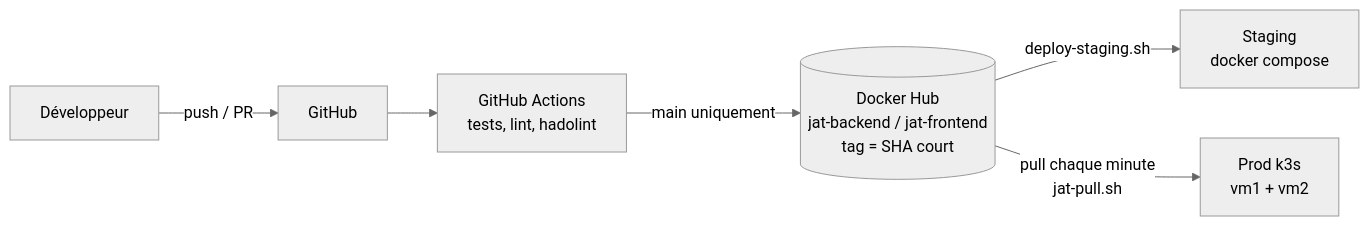
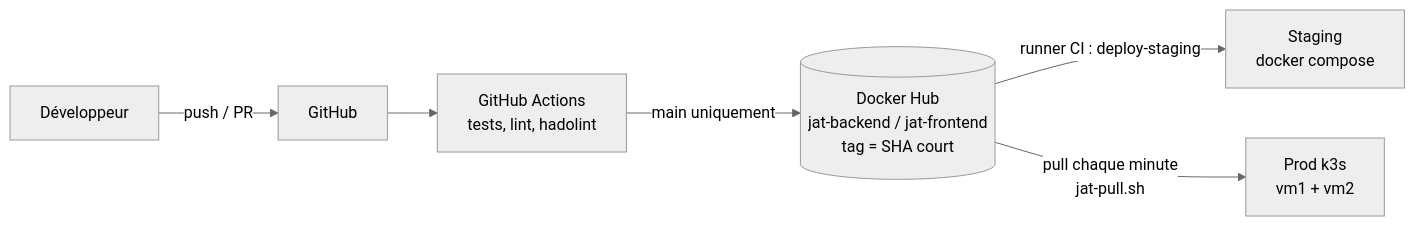
One commit to AnecV8/Projet-devops-avancee changed the diagram in README.md. Above: the diagram before and after it, drawn with Mermaid (neutral theme). The commit also changed other lines of this file, not shown here.

Commit message:
docs(readme): document static analysis and automated staging deployment

````diff
--- a/README.md
+++ b/README.md
@@ -13,8 +13,8 @@
 ```mermaid
 flowchart LR
   dev[Développeur] -->|push / PR| gh[GitHub]
   gh --> ci[GitHub Actions<br/>tests, lint, hadolint]
   ci -->|main uniquement| hub[(Docker Hub<br/>jat-backend / jat-frontend<br/>tag = SHA court)]
-  hub -->|deploy-staging.sh| stg[Staging<br/>docker compose]
+  hub -->|runner CI : deploy-staging| stg[Staging<br/>docker compose]
   hub -->|pull chaque minute<br/>jat-pull.sh| prod[Prod k3s<br/>vm1 + vm2]
 ```
````
